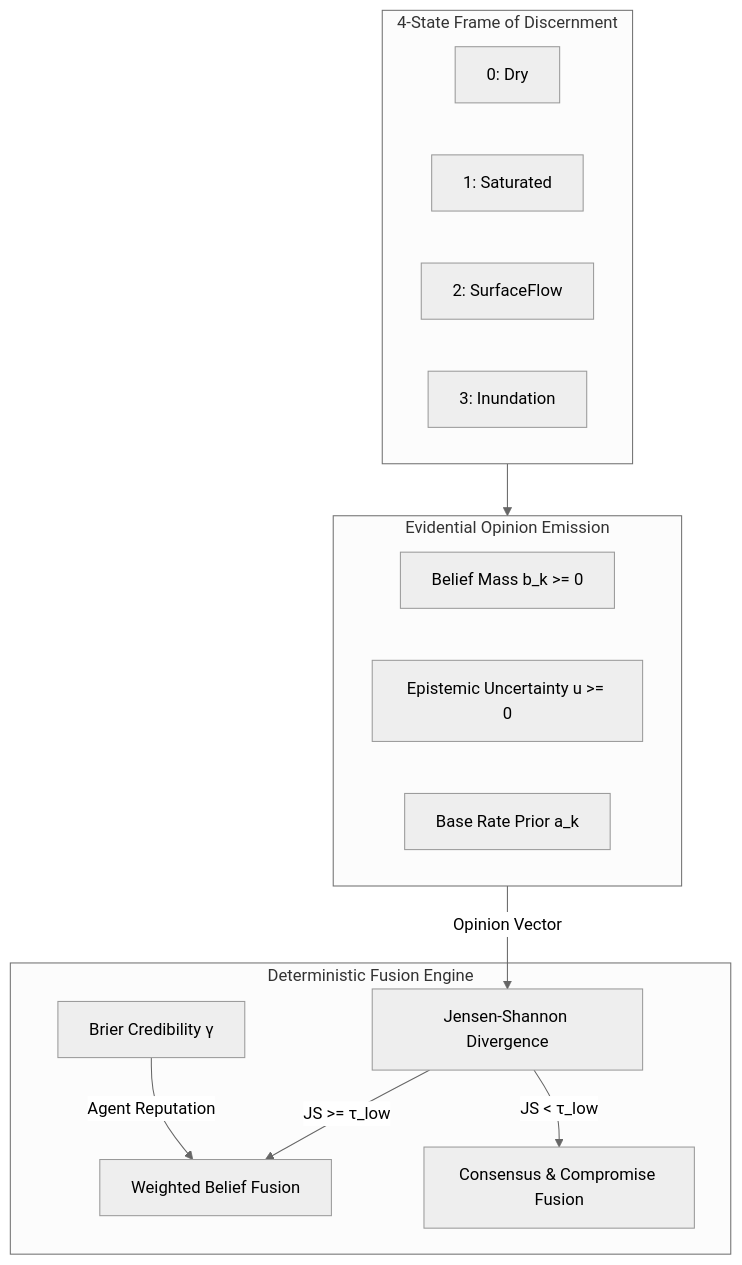
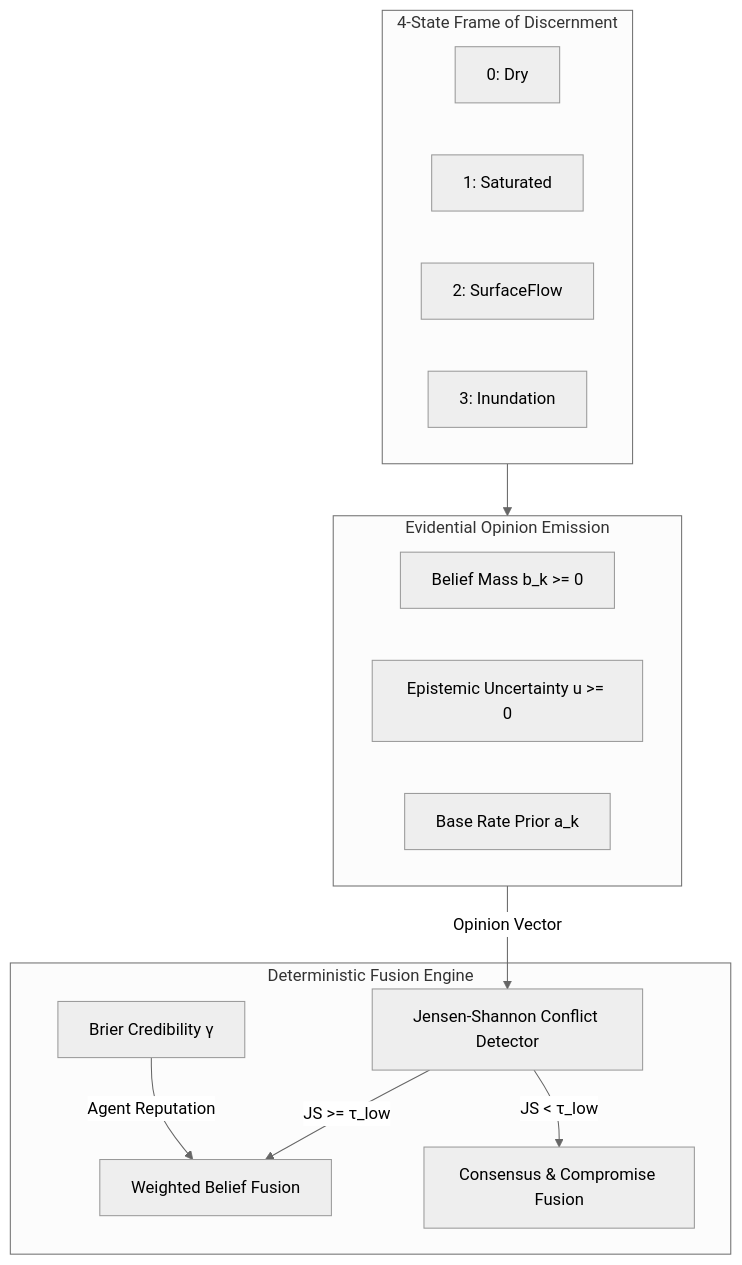
One commit to ali-Hamza817/AEGIS changed the diagram in Deliverables/AEGIS_Product_and_Research_Report.md. Above: the diagram before and after it, drawn with Mermaid (neutral theme). The commit also changed other lines of this file, not shown here.

````diff
--- a/Deliverables/AEGIS_Product_and_Research_Report.md
+++ b/Deliverables/AEGIS_Product_and_Research_Report.md
@@ -30,28 +30,28 @@
 ```mermaid
 graph TD
     subgraph Frame [4-State Frame of Discernment]
         S0[0: Dry]
         S1[1: Saturated]
         S2[2: SurfaceFlow]
         S3[3: Inundation]
     end
 
     subgraph AgentOpinion [Evidential Opinion Emission]
         b[Belief Mass b_k >= 0]
         u[Epistemic Uncertainty u >= 0]
         a[Base Rate Prior a_k]
     end
 
     subgraph Coordinator [Deterministic Fusion Engine]
-        JS[Jensen-Shannon Divergence]
+        JS[Jensen-Shannon Conflict Detector]
         WBF[Weighted Belief Fusion]
         CCF[Consensus & Compromise Fusion]
         Rep[Brier Credibility γ]
     end
 
     Frame --> AgentOpinion
     AgentOpinion -->|Opinion Vector| JS
     Rep -->|Agent Reputation| WBF
     JS -->|JS >= τ_low| WBF
     JS -->|JS < τ_low| CCF
 ```
````
